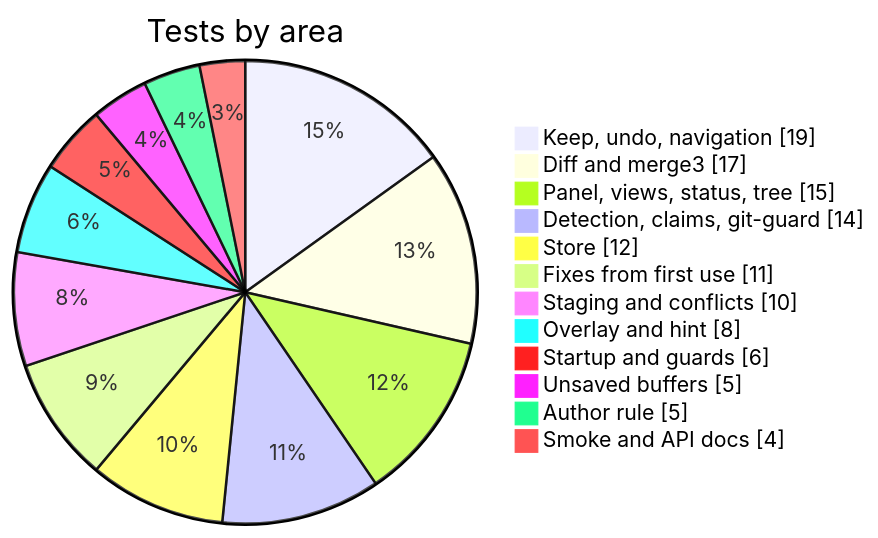
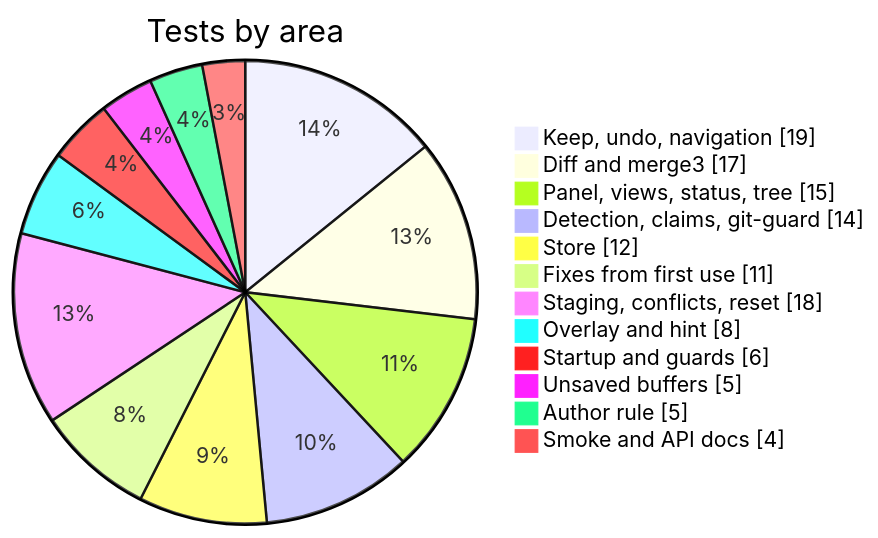
One commit to RayIci/agentdiff.nvim changed the third of 3 diagrams in docs/testing.md. Above: the diagram before and after it, drawn with Mermaid. The commit also changed other lines of this file and 9 other files, not shown here.

````diff
--- a/docs/testing.md
+++ b/docs/testing.md
@@ -49,16 +49,16 @@
 ```mermaid
 pie showData
     title Tests by area
     "Keep, undo, navigation" : 19
     "Diff and merge3" : 17
     "Panel, views, status, tree" : 15
     "Detection, claims, git-guard" : 14
     "Store" : 12
     "Fixes from first use" : 11
-    "Staging and conflicts" : 10
+    "Staging, conflicts, reset" : 18
     "Overlay and hint" : 8
     "Startup and guards" : 6
     "Unsaved buffers" : 5
     "Author rule" : 5
     "Smoke and API docs" : 4
 ```
````
